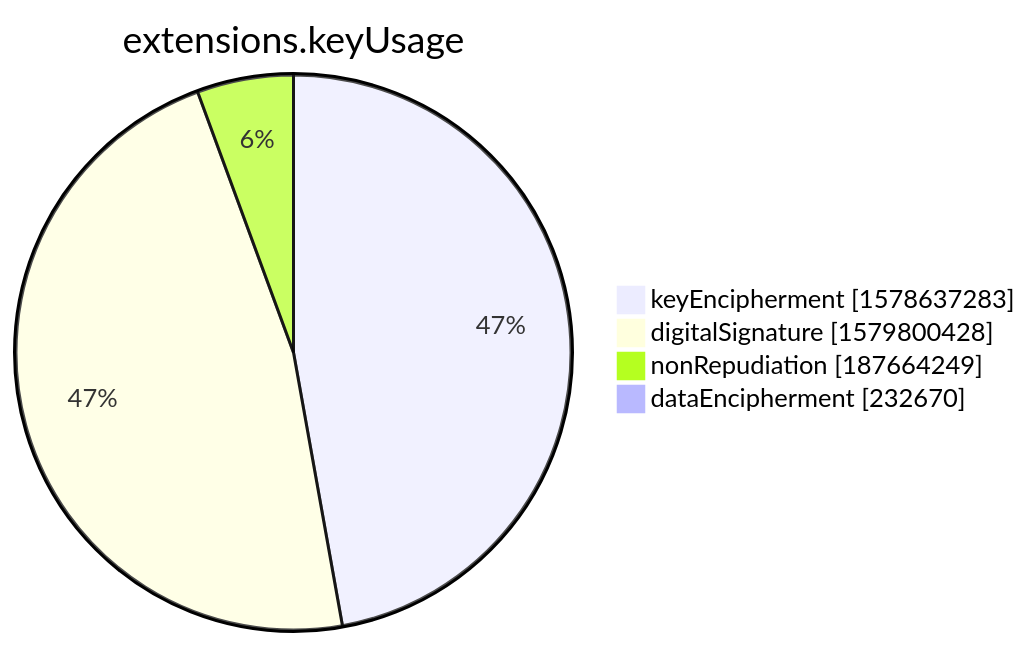
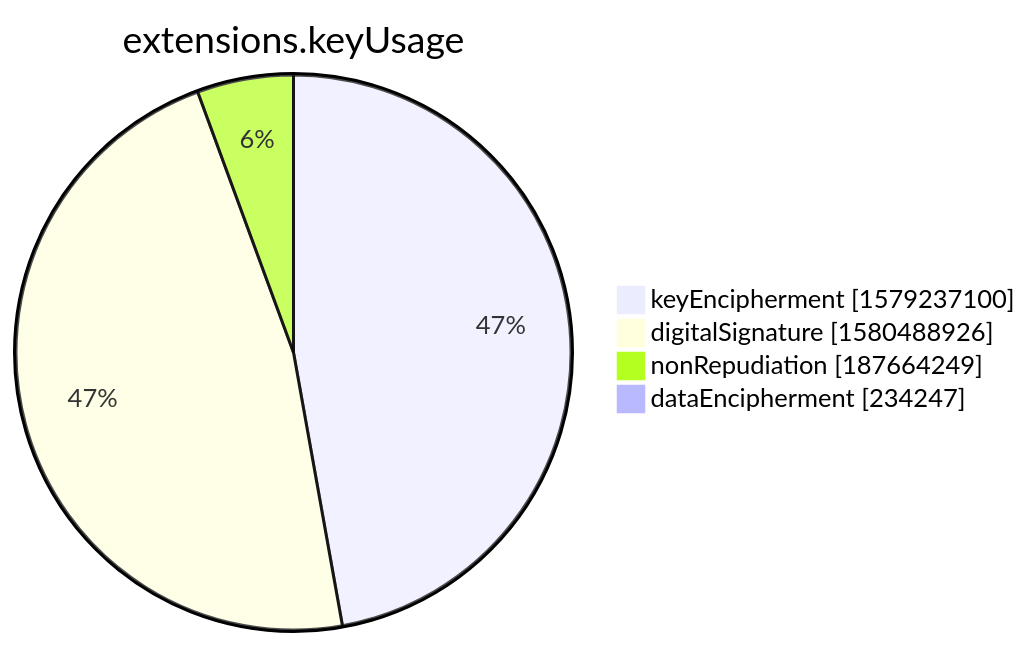
Before and after one commit to christiankrug/ctmonitor_visualization: the seventh of 15 diagrams in xenon2022/README.md, drawn with Mermaid. The commit also changed other lines of this file, not shown here.

````diff
--- a/xenon2022/README.md
+++ b/xenon2022/README.md
@@ -2854,8 +2854,8 @@
 ```mermaid
 pie showData
 title extensions.keyUsage
-"keyEncipherment" :1578637283
-"digitalSignature" :1579800428
+"keyEncipherment" :1579237100
+"digitalSignature" :1580488926
 "nonRepudiation" :187664249
-"dataEncipherment" :232670
+"dataEncipherment" :234247
 ```
````
